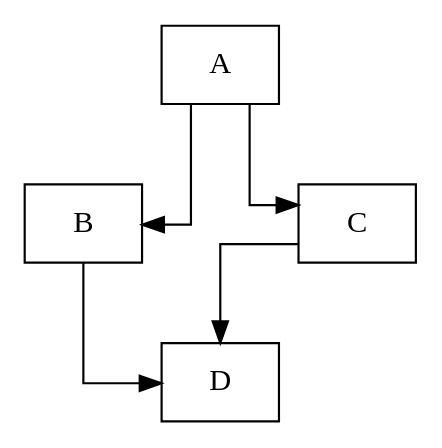
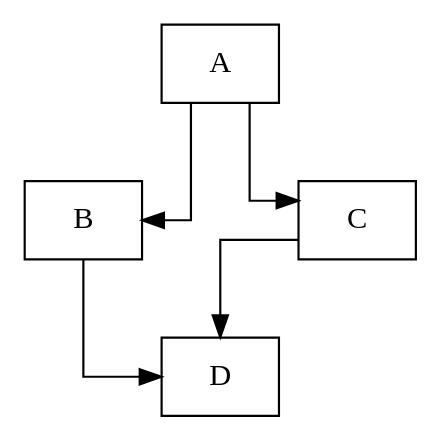
One commit to potherca-blog/StackOverflow changed the diagram in question.15191811.forcing-orthogonal-vertical-or-horizontal-edges-with-dot/graph.dot. Above: the diagram before and after it, drawn with Graphviz. The commit also changed other lines of this file and 1 other file, not shown here.

Commit message:
Changes node shape for question.15191811.forcing-orthogonal-vertical-or-horizontal-edges-with-dot

```diff
--- a/question.15191811.forcing-orthogonal-vertical-or-horizontal-edges-with-dot/graph.dot
+++ b/question.15191811.forcing-orthogonal-vertical-or-horizontal-edges-with-dot/graph.dot
@@ -1,7 +1,7 @@
 digraph G {
 
-    graph [splines=ortho, nodesep=1]
-    node [shape=record]
+    graph [splines="ortho", nodesep=1]
+    node [shape=box]
 
     A -> {B, C} -> D
 }
```
